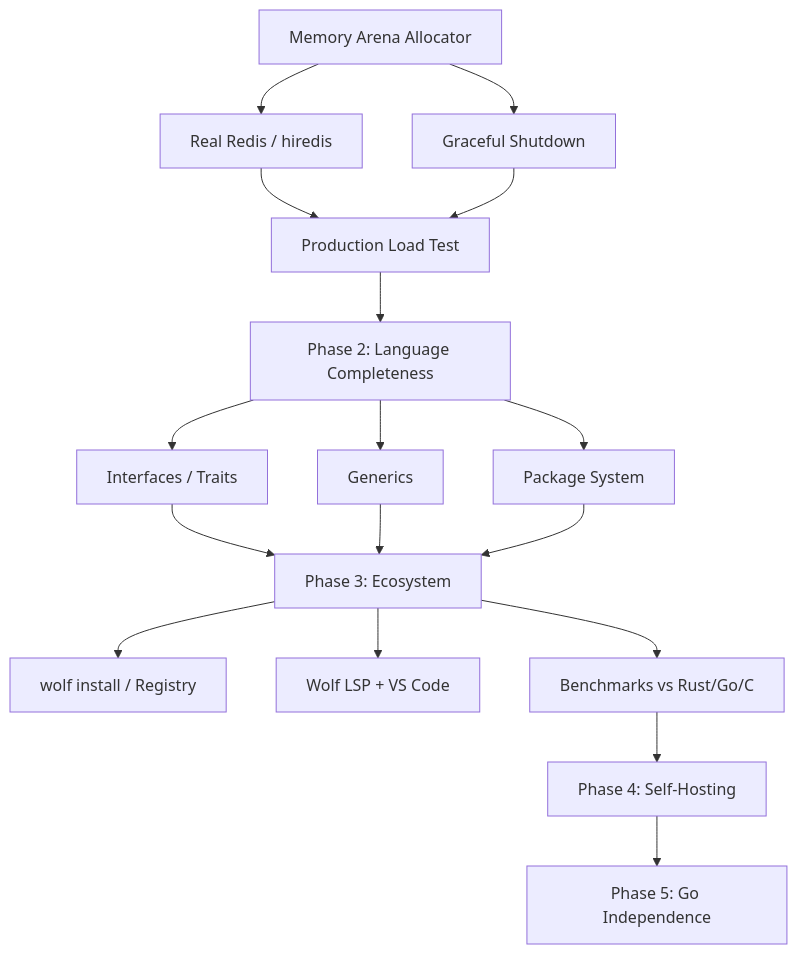
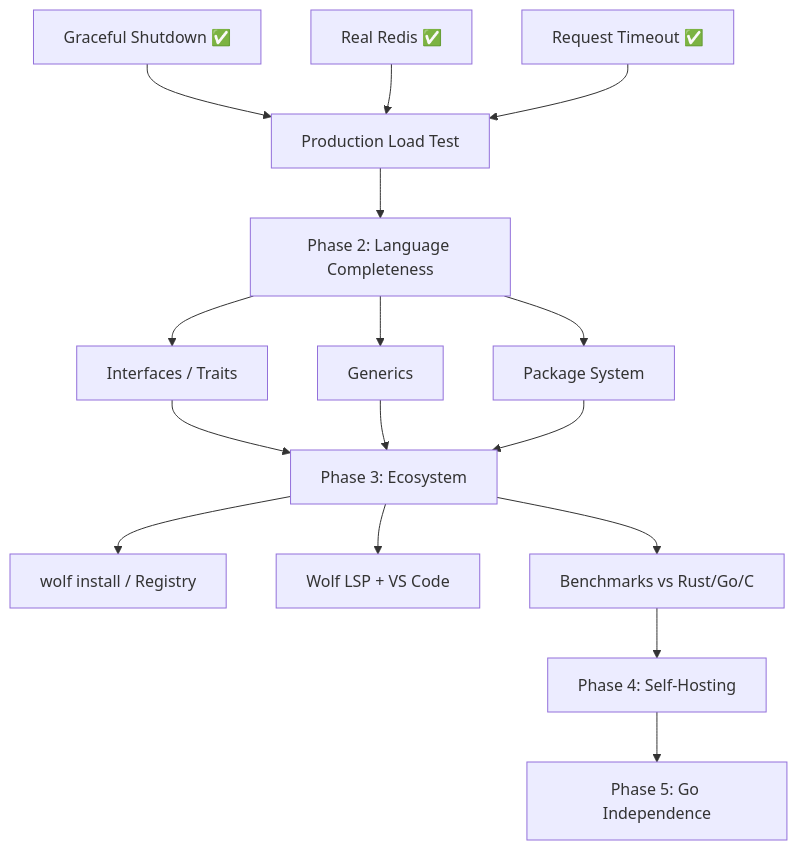
One commit to Loneewolf15/wolf changed the diagram in .wolf-vault/Execution/plan.md. Above: the diagram before and after it, drawn with Mermaid. The commit also changed other lines of this file and 50 other files, not shown here.

````diff
--- a/.wolf-vault/Execution/plan.md
+++ b/.wolf-vault/Execution/plan.md
@@ -19,19 +24,18 @@
 ```mermaid
 graph TD
-    A[Memory Arena Allocator] --> B[Real Redis / hiredis]
-    A --> C[Graceful Shutdown]
-    B --> D[Production Load Test]
-    C --> D
+    A[Graceful Shutdown ✅] --> D[Production Load Test]
+    B[Real Redis ✅] --> D
+    C[Request Timeout ✅] --> D
     D --> E[Phase 2: Language Completeness]
     E --> F[Interfaces / Traits]
     E --> G[Generics]
     E --> H[Package System]
     F --> I[Phase 3: Ecosystem]
     G --> I
     H --> I
     I --> J[wolf install / Registry]
     I --> K[Wolf LSP + VS Code]
     I --> L[Benchmarks vs Rust/Go/C]
     L --> M[Phase 4: Self-Hosting]
     M --> N[Phase 5: Go Independence]
 ```
````
